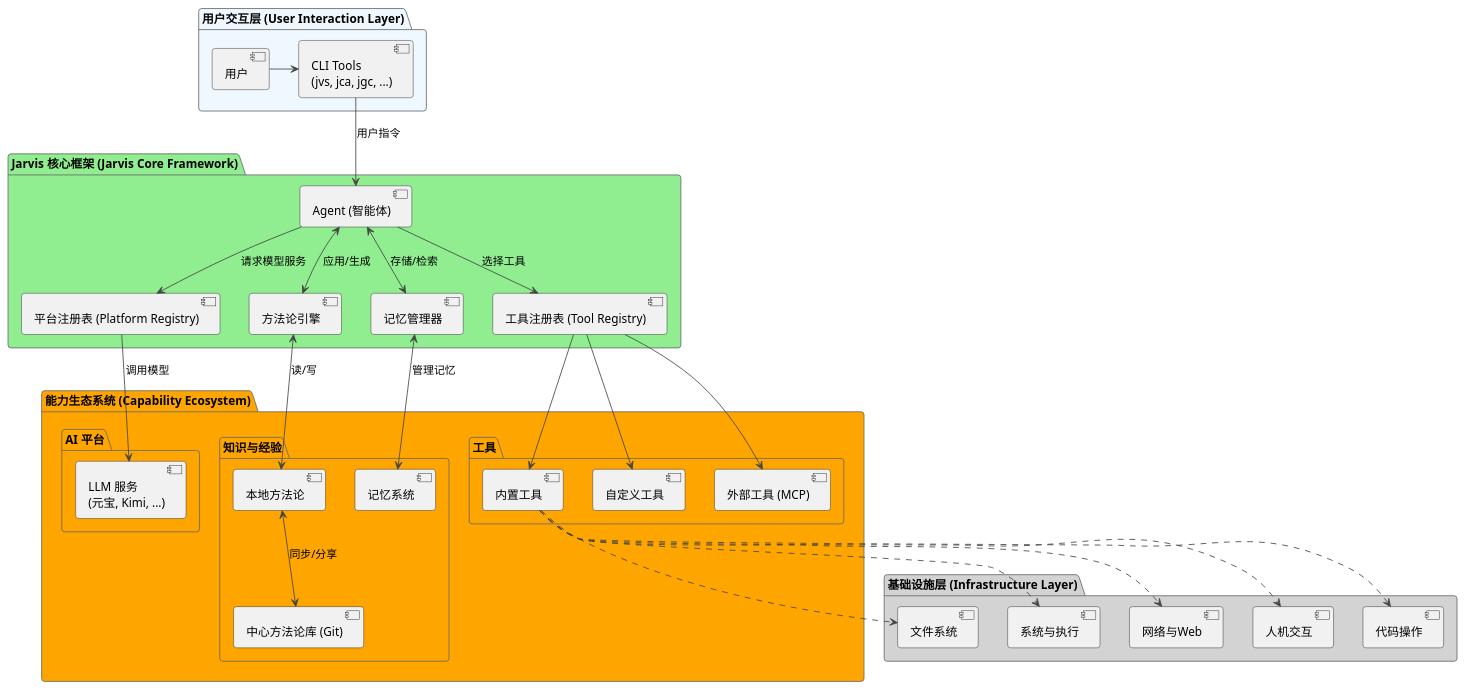
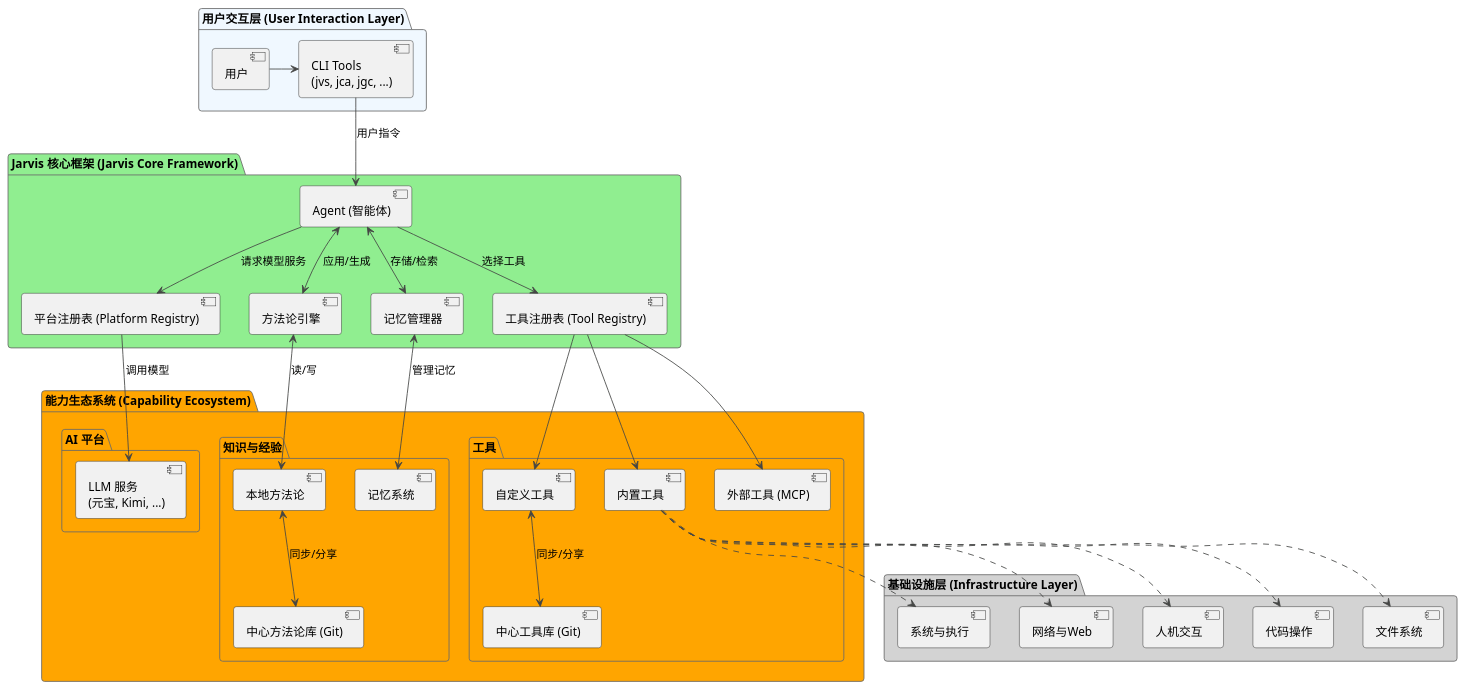
Before and after one commit to skyfireitdiy/Jarvis: the first of 2 diagrams in docs/jarvis_book/1.项目介绍.md, drawn with PlantUML. The commit also changed 5 other files, not shown here.

````diff
--- a/docs/jarvis_book/1.项目介绍.md
+++ b/docs/jarvis_book/1.项目介绍.md
@@ -62,67 +62,69 @@
 ```plantuml
 @startuml
 !theme vibrant
 
 ' --- Component Definitions ---
 package "用户交互层 (User Interaction Layer)" #AliceBlue {
   [用户] as User
   [CLI Tools\n(jvs, jca, jgc, ...)] as CLI
 }
 
 package "Jarvis 核心框架 (Jarvis Core Framework)" #LightGreen {
   [Agent (智能体)] as Agent
   [平台注册表 (Platform Registry)] as PlatformRegistry
   [工具注册表 (Tool Registry)] as ToolRegistry
   [方法论引擎] as MethodologyEngine
   [记忆管理器] as MemoryManager
 }
 
 package "能力生态系统 (Capability Ecosystem)" #Orange {
   package "AI 平台" as AIPackage {
     [LLM 服务\n(元宝, Kimi, ...)] as LLM
   }
   package "工具" as ToolPackage {
     [内置工具] as BuiltinTools
     [自定义工具] as CustomTools
     [外部工具 (MCP)] as MCPTools
+    [中心工具库 (Git)] as CentralTools
   }
   package "知识与经验" as KnowledgePackage {
     [本地方法论] as LocalMethodology
     [中心方法论库 (Git)] as CentralMethodology
     [记忆系统] as MemorySystem
   }
 }
 
 package "基础设施层 (Infrastructure Layer)" #LightGrey {
   [代码操作] as CodeOps
   [文件系统] as FileSystem
   [系统与执行] as SysExecution
   [网络与Web] as WebAccess
   [人机交互] as HumanInteraction
 }
 
 ' --- Relationship Definitions ---
 User -right-> CLI
 CLI -down-> Agent : "用户指令"
 Agent --> PlatformRegistry : "请求模型服务"
 PlatformRegistry --> LLM : "调用模型"
 Agent --> ToolRegistry : "选择工具"
 Agent <--> MethodologyEngine : "应用/生成"
 Agent <--> MemoryManager : "存储/检索"
 MethodologyEngine <--> LocalMethodology : "读/写"
 LocalMethodology <--> CentralMethodology : "同步/分享"
 MemoryManager <--> MemorySystem : "管理记忆"
 
 ToolRegistry --> BuiltinTools
 ToolRegistry --> CustomTools
 ToolRegistry --> MCPTools
+CustomTools <--> CentralTools : "同步/分享"
 
 BuiltinTools ..> CodeOps
 BuiltinTools ..> FileSystem
 BuiltinTools ..> SysExecution
 BuiltinTools ..> WebAccess
 BuiltinTools ..> HumanInteraction
 
 
 @enduml
 ```
````
